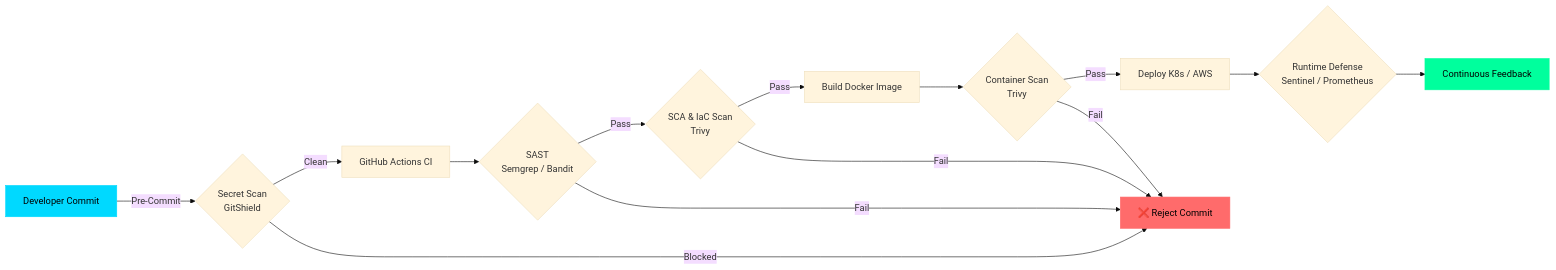
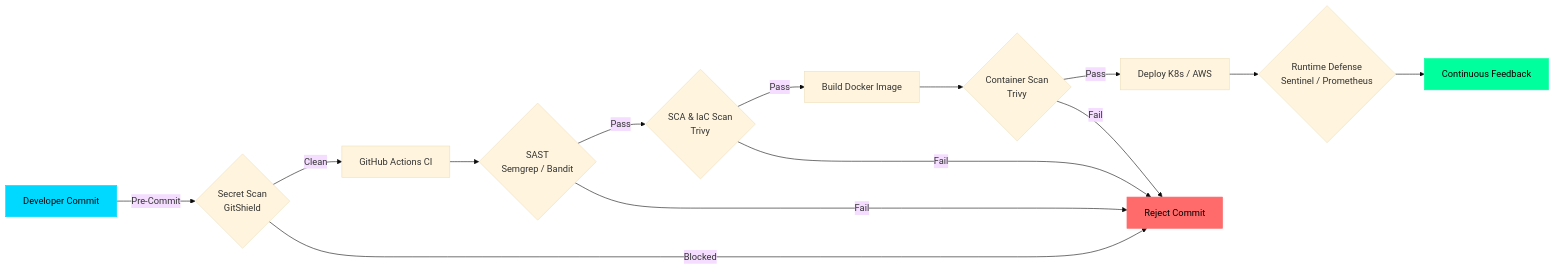
One commit to NejamulHaque/NejamulHaque changed the diagram in README.md. Above: the diagram before and after it, drawn with Mermaid (base theme). The commit also changed other lines of this file, not shown here.

````diff
--- a/README.md
+++ b/README.md
@@ -171,20 +74,20 @@
 ```mermaid
 graph LR
     A[Developer Commit] -->|Pre-Commit| B{Secret Scan<br/>GitShield}
     B -->|Clean| C[GitHub Actions CI]
     C --> D{SAST<br/>Semgrep / Bandit}
     D -->|Pass| E{SCA & IaC Scan<br/>Trivy}
     E -->|Pass| F[Build Docker Image]
     F --> G{Container Scan<br/>Trivy}
     G -->|Pass| H[Deploy K8s / AWS]
     H --> I{Runtime Defense<br/>Sentinel / Prometheus}
     I --> J[Continuous Feedback]
-    B -->|Blocked| K[❌ Reject Commit]
+    B -->|Blocked| K[Reject Commit]
     D -->|Fail| K
     E -->|Fail| K
     G -->|Fail| K
 
     style A fill:#00D9FF,stroke:#00D9FF,color:#000
     style J fill:#00FF9D,stroke:#00FF9D,color:#000
     style K fill:#FF6B6B,stroke:#FF6B6B,color:#000
 ```
````
